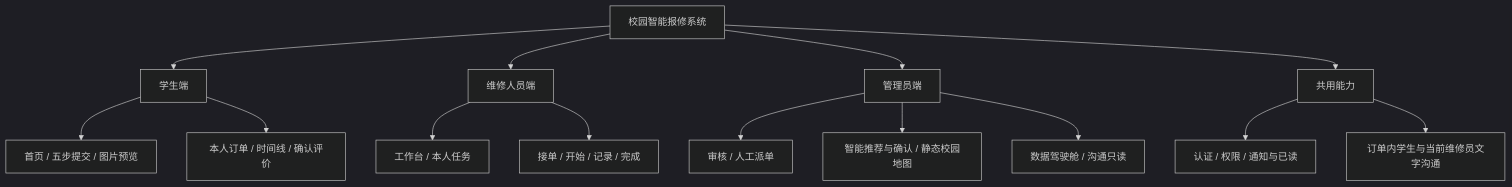
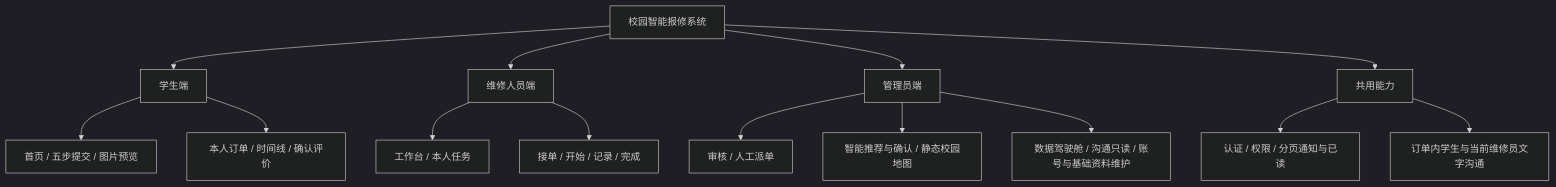
One commit to koajsj/sushebaoxiu changed the second of 4 diagrams in docs/architecture.md. Above: the diagram before and after it, drawn with Mermaid (dark theme). The commit also changed other lines of this file and 97 other files, not shown here.

````diff
--- a/docs/architecture.md
+++ b/docs/architecture.md
@@ -29,16 +29,16 @@
 ```mermaid
 flowchart TD
     System[校园智能报修系统] --> Student[学生端]
     System --> Worker[维修人员端]
     System --> Admin[管理员端]
     System --> Shared[共用能力]
     Student --> S1[首页 / 五步提交 / 图片预览]
     Student --> S2[本人订单 / 时间线 / 确认评价]
     Worker --> W1[工作台 / 本人任务]
     Worker --> W2[接单 / 开始 / 记录 / 完成]
     Admin --> A1[审核 / 人工派单]
     Admin --> A2[智能推荐与确认 / 静态校园地图]
-    Admin --> A3[数据驾驶舱 / 沟通只读]
-    Shared --> C1[认证 / 权限 / 通知与已读]
+    Admin --> A3[数据驾驶舱 / 沟通只读 / 账号与基础资料维护]
+    Shared --> C1[认证 / 权限 / 分页通知与已读]
     Shared --> C2[订单内学生与当前维修员文字沟通]
 ```
````
